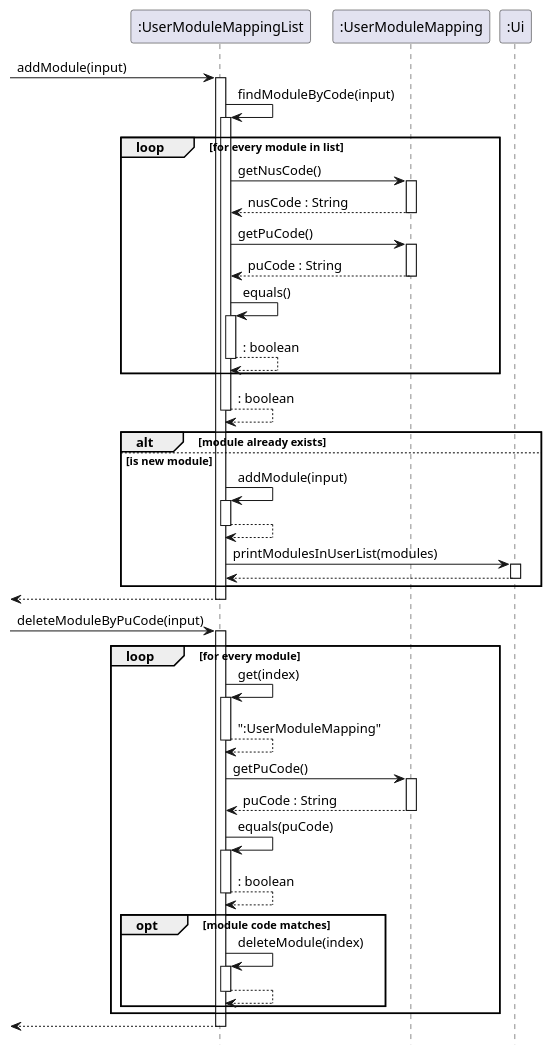
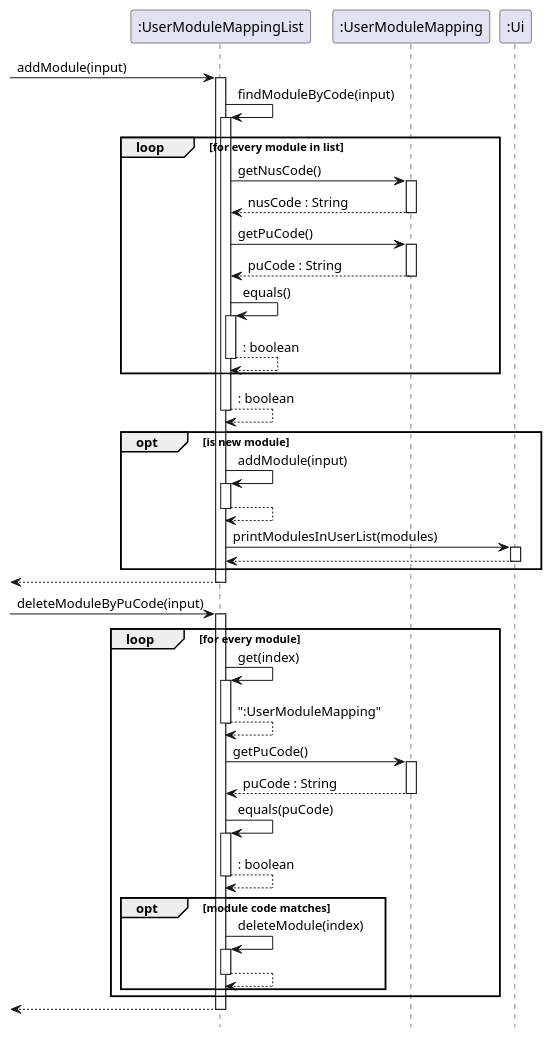
The diagram in docs/diagrams/UserModuleMapping_Sequence.puml (nus-cs2113-AY2223S1/tp), drawn with PlantUML before and after one commit. The commit also changed 5 other files, not shown here.

Commit message:
Update DG and sequence diagrams

```diff
--- a/docs/diagrams/UserModuleMapping_Sequence.puml
+++ b/docs/diagrams/UserModuleMapping_Sequence.puml
@@ -1,54 +1,53 @@
 @startuml
 'https://plantuml.com/sequence-diagram
 
 hide footbox
 
 -> ":UserModuleMappingList" : addModule(input)
 activate ":UserModuleMappingList"
 ":UserModuleMappingList" -> ":UserModuleMappingList" : findModuleByCode(input)
 activate ":UserModuleMappingList"
 loop for every module in list
 ":UserModuleMappingList" -> ":UserModuleMapping" : getNusCode()
 activate ":UserModuleMapping"
 return nusCode : String
 ":UserModuleMappingList" -> ":UserModuleMapping" : getPuCode()
 activate ":UserModuleMapping"
 return puCode : String
 ":UserModuleMappingList" -> ":UserModuleMappingList" : equals()
 activate ":UserModuleMappingList"
 return : boolean
 end
 return : boolean
 
-alt module already exists
-else is new module
+opt is new module
 ":UserModuleMappingList" -> ":UserModuleMappingList" : addModule(input)
 activate ":UserModuleMappingList"
 return
 ":UserModuleMappingList" -> ":Ui" : printModulesInUserList(modules)
 activate ":Ui"
 return
 end
 return
 
 -> ":UserModuleMappingList" : deleteModuleByPuCode(input)
 activate ":UserModuleMappingList"
 loop for every module
     ":UserModuleMappingList" -> ":UserModuleMappingList" : get(index)
     activate ":UserModuleMappingList"
     return ":UserModuleMapping"
     ":UserModuleMappingList" -> ":UserModuleMapping" : getPuCode()
     activate ":UserModuleMapping"
     return puCode : String
     ":UserModuleMappingList" -> ":UserModuleMappingList" : equals(puCode)
     activate ":UserModuleMappingList"
     return : boolean
     opt module code matches
     ":UserModuleMappingList" -> ":UserModuleMappingList" : deleteModule(index)
     activate ":UserModuleMappingList"
     return
     end
 end
 return
 
 @enduml
```
